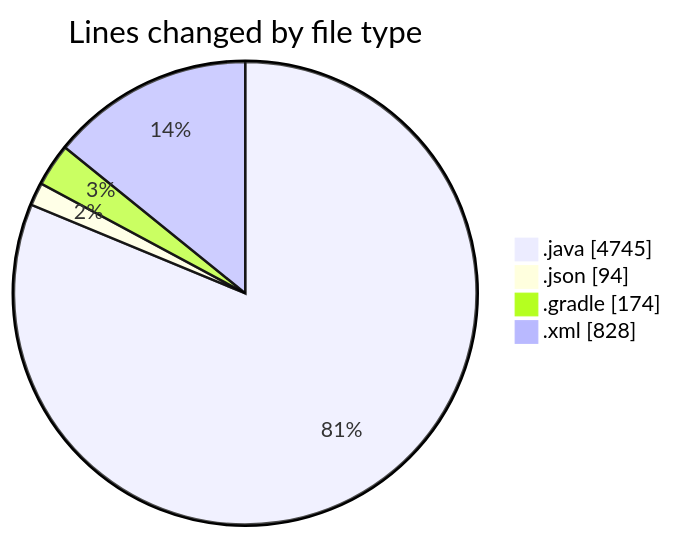
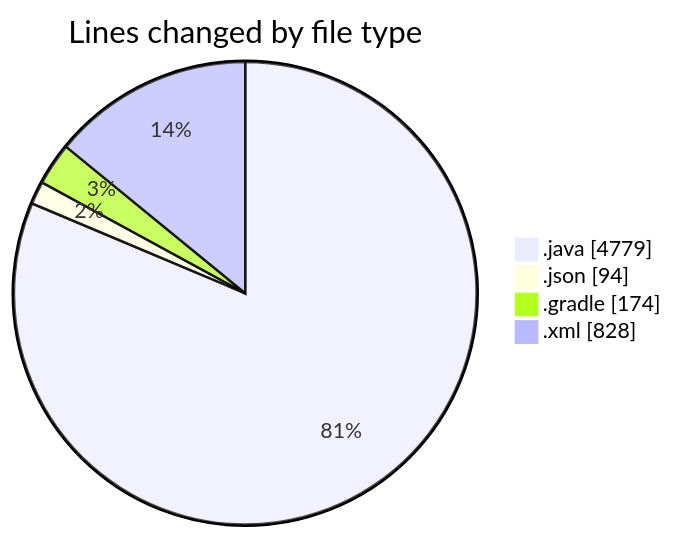
Before and after one commit to charlie-sans/code-tracking: the first of 2 diagrams in 2025-02-22/micros/README.md, drawn with Mermaid. The commit also changed other lines of this file and 1 other file, not shown here.

````diff
--- a/2025-02-22/micros/README.md
+++ b/2025-02-22/micros/README.md
@@ -61,8 +61,8 @@
 ```mermaid
 pie showData
 title Lines changed by file type
-".java" : 4745
+".java" : 4779
 ".json" : 94
 ".gradle" : 174
 ".xml" : 828
 ```
````
